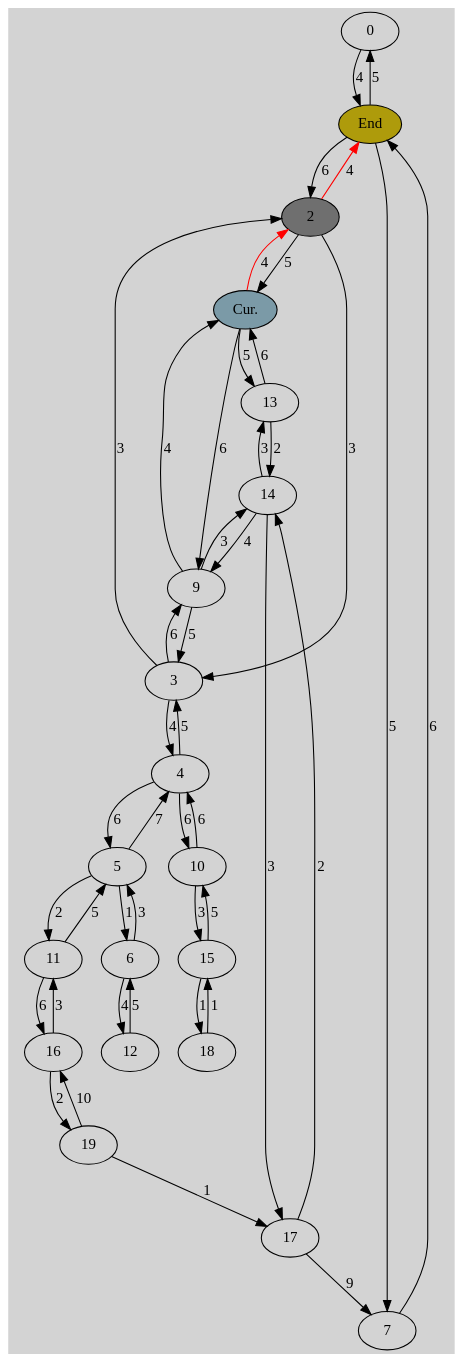
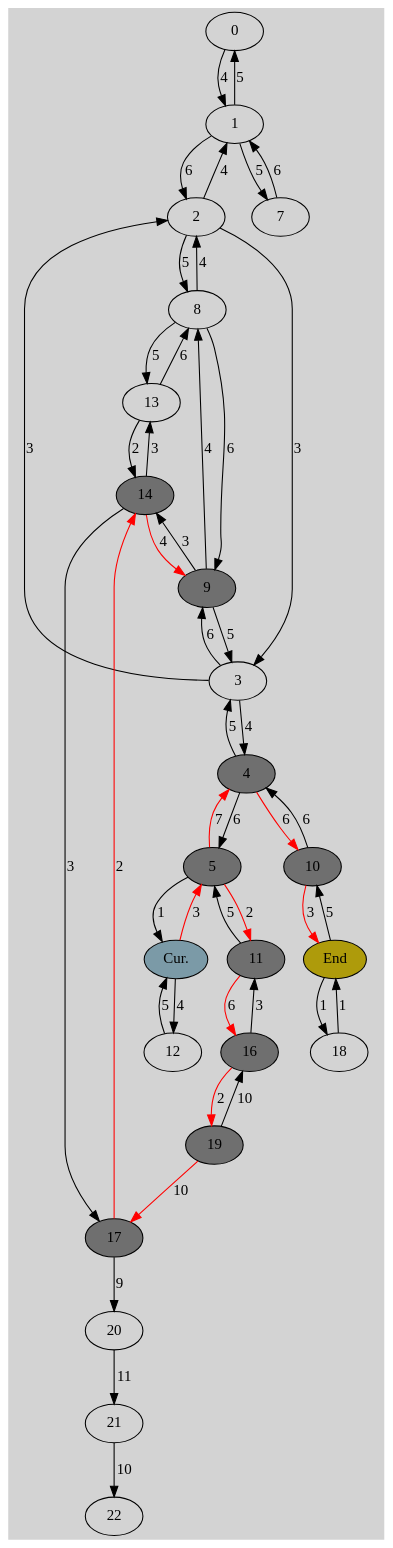
The diagram in img_gen/g2.gv (William-Thomas-Andrews/Shortest_Path_Algorithms), drawn with Graphviz before and after one commit. The commit also changed 14 other files, not shown here.

```diff
--- a/img_gen/g2.gv
+++ b/img_gen/g2.gv
@@ -1,137 +1,143 @@
 digraph G {
 	graph [pad="0.212,0.055" bgcolor=lightgray]
 	node [style=filled]
 	splines=true
 	0 [label="0", pos="100,200!"]
-	1 [label="End", fillcolor="#ae9b0bff"pos="200,200!"]
+	1 [label="1", pos="200,200!"]
 	0 -> 1 [color="black" label="4"]
-	1 [label="End", fillcolor="#ae9b0bff"pos="200,200!"]
+	1 [label="1", pos="200,200!"]
 	0 [label="0", pos="100,200!"]
 	1 -> 0 [color="black" label="5"]
-	1 [label="End", fillcolor="#ae9b0bff"pos="200,200!"]
+	1 [label="1", pos="200,200!"]
 	2 [label="2", pos="300,200!"]
 	1 -> 2 [color="black" label="6"]
-	2 [label="2", fillcolor="#6f6f6fff"pos="300,200!"]
-	1 [label="End", fillcolor="#ae9b0bff"pos="200,200!"]
-	2 -> 1 [color="red" label="4"]
+	2 [label="2", pos="300,200!"]
+	1 [label="1", pos="200,200!"]
+	2 -> 1 [color="black" label="4"]
 	2 [label="2", pos="300,200!"]
 	3 [label="3", pos="400,200!"]
 	2 -> 3 [color="black" label="3"]
 	3 [label="3", pos="400,200!"]
 	2 [label="2", pos="300,200!"]
 	3 -> 2 [color="black" label="3"]
 	3 [label="3", pos="400,200!"]
 	4 [label="4", pos="500,200!"]
 	3 -> 4 [color="black" label="4"]
 	4 [label="4", pos="500,200!"]
 	3 [label="3", pos="400,200!"]
 	4 -> 3 [color="black" label="5"]
 	4 [label="4", pos="500,200!"]
 	5 [label="5", pos="600,200!"]
 	4 -> 5 [color="black" label="6"]
+	5 [label="5", fillcolor="#6f6f6fff"pos="600,200!"]
+	4 [label="4", fillcolor="#6f6f6fff"pos="500,200!"]
+	5 -> 4 [color="red" label="7"]
 	5 [label="5", pos="600,200!"]
-	4 [label="4", pos="500,200!"]
-	5 -> 4 [color="black" label="7"]
-	5 [label="5", pos="600,200!"]
-	6 [label="6", pos="700,200!"]
+	6 [label="Cur.", fillcolor="#7b9aa7ff"pos="700,200!"]
 	5 -> 6 [color="black" label="1"]
-	6 [label="6", pos="700,200!"]
-	5 [label="5", pos="600,200!"]
-	6 -> 5 [color="black" label="3"]
-	1 [label="End", fillcolor="#ae9b0bff"pos="200,200!"]
+	6 [label="Cur.", fillcolor="#7b9aa7ff"pos="700,200!"]
+	5 [label="5", fillcolor="#6f6f6fff"pos="600,200!"]
+	6 -> 5 [color="red" label="3"]
+	1 [label="1", pos="200,200!"]
 	7 [label="7", pos="200,300!"]
 	1 -> 7 [color="black" label="5"]
 	7 [label="7", pos="200,300!"]
-	1 [label="End", fillcolor="#ae9b0bff"pos="200,200!"]
+	1 [label="1", pos="200,200!"]
 	7 -> 1 [color="black" label="6"]
 	2 [label="2", pos="300,200!"]
-	8 [label="Cur.", fillcolor="#7b9aa7ff"pos="300,300!"]
+	8 [label="8", pos="300,300!"]
 	2 -> 8 [color="black" label="5"]
-	8 [label="Cur.", fillcolor="#7b9aa7ff"pos="300,300!"]
-	2 [label="2", fillcolor="#6f6f6fff"pos="300,200!"]
-	8 -> 2 [color="red" label="4"]
+	8 [label="8", pos="300,300!"]
+	2 [label="2", pos="300,200!"]
+	8 -> 2 [color="black" label="4"]
 	3 [label="3", pos="400,200!"]
 	9 [label="9", pos="400,300!"]
 	3 -> 9 [color="black" label="6"]
 	9 [label="9", pos="400,300!"]
 	3 [label="3", pos="400,200!"]
 	9 -> 3 [color="black" label="5"]
 	9 [label="9", pos="400,300!"]
-	8 [label="Cur.", fillcolor="#7b9aa7ff"pos="300,300!"]
+	8 [label="8", pos="300,300!"]
 	9 -> 8 [color="black" label="4"]
-	8 [label="Cur.", fillcolor="#7b9aa7ff"pos="300,300!"]
+	8 [label="8", pos="300,300!"]
 	9 [label="9", pos="400,300!"]
 	8 -> 9 [color="black" label="6"]
-	4 [label="4", pos="500,200!"]
-	10 [label="10", pos="500,300!"]
-	4 -> 10 [color="black" label="6"]
+	4 [label="4", fillcolor="#6f6f6fff"pos="500,200!"]
+	10 [label="10", fillcolor="#6f6f6fff"pos="500,300!"]
+	4 -> 10 [color="red" label="6"]
 	10 [label="10", pos="500,300!"]
 	4 [label="4", pos="500,200!"]
 	10 -> 4 [color="black" label="6"]
-	5 [label="5", pos="600,200!"]
-	11 [label="11", pos="600,300!"]
-	5 -> 11 [color="black" label="2"]
+	5 [label="5", fillcolor="#6f6f6fff"pos="600,200!"]
+	11 [label="11", fillcolor="#6f6f6fff"pos="600,300!"]
+	5 -> 11 [color="red" label="2"]
 	11 [label="11", pos="600,300!"]
 	5 [label="5", pos="600,200!"]
 	11 -> 5 [color="black" label="5"]
-	6 [label="6", pos="700,200!"]
+	6 [label="Cur.", fillcolor="#7b9aa7ff"pos="700,200!"]
 	12 [label="12", pos="700,300!"]
 	6 -> 12 [color="black" label="4"]
 	12 [label="12", pos="700,300!"]
-	6 [label="6", pos="700,200!"]
+	6 [label="Cur.", fillcolor="#7b9aa7ff"pos="700,200!"]
 	12 -> 6 [color="black" label="5"]
-	8 [label="Cur.", fillcolor="#7b9aa7ff"pos="300,300!"]
+	8 [label="8", pos="300,300!"]
 	13 [label="13", pos="300,400!"]
 	8 -> 13 [color="black" label="5"]
 	13 [label="13", pos="300,400!"]
-	8 [label="Cur.", fillcolor="#7b9aa7ff"pos="300,300!"]
+	8 [label="8", pos="300,300!"]
 	13 -> 8 [color="black" label="6"]
 	13 [label="13", pos="300,400!"]
 	14 [label="14", pos="400,400!"]
 	13 -> 14 [color="black" label="2"]
 	14 [label="14", pos="400,400!"]
 	13 [label="13", pos="300,400!"]
 	14 -> 13 [color="black" label="3"]
 	9 [label="9", pos="400,300!"]
 	14 [label="14", pos="400,400!"]
 	9 -> 14 [color="black" label="3"]
-	14 [label="14", pos="400,400!"]
-	9 [label="9", pos="400,300!"]
-	14 -> 9 [color="black" label="4"]
-	10 [label="10", pos="500,300!"]
-	15 [label="15", pos="500,400!"]
-	10 -> 15 [color="black" label="3"]
-	15 [label="15", pos="500,400!"]
+	14 [label="14", fillcolor="#6f6f6fff"pos="400,400!"]
+	9 [label="9", fillcolor="#6f6f6fff"pos="400,300!"]
+	14 -> 9 [color="red" label="4"]
+	10 [label="10", fillcolor="#6f6f6fff"pos="500,300!"]
+	15 [label="End", fillcolor="#ae9b0bff"pos="500,400!"]
+	10 -> 15 [color="red" label="3"]
+	15 [label="End", fillcolor="#ae9b0bff"pos="500,400!"]
 	10 [label="10", pos="500,300!"]
 	15 -> 10 [color="black" label="5"]
-	11 [label="11", pos="600,300!"]
-	16 [label="16", pos="600,400!"]
-	11 -> 16 [color="black" label="6"]
+	11 [label="11", fillcolor="#6f6f6fff"pos="600,300!"]
+	16 [label="16", fillcolor="#6f6f6fff"pos="600,400!"]
+	11 -> 16 [color="red" label="6"]
 	16 [label="16", pos="600,400!"]
 	11 [label="11", pos="600,300!"]
 	16 -> 11 [color="black" label="3"]
 	14 [label="14", pos="400,400!"]
 	17 [label="17", pos="400,500!"]
 	14 -> 17 [color="black" label="3"]
+	17 [label="17", fillcolor="#6f6f6fff"pos="400,500!"]
+	14 [label="14", fillcolor="#6f6f6fff"pos="400,400!"]
+	17 -> 14 [color="red" label="2"]
+	19 [label="19", fillcolor="#6f6f6fff"pos="600,500!"]
+	17 [label="17", fillcolor="#6f6f6fff"pos="400,500!"]
+	19 -> 17 [color="red" label="10"]
 	17 [label="17", pos="400,500!"]
-	14 [label="14", pos="400,400!"]
-	17 -> 14 [color="black" label="2"]
-	19 [label="19", pos="600,500!"]
-	17 [label="17", pos="400,500!"]
-	19 -> 17 [color="black" label="1"]
-	17 [label="17", pos="400,500!"]
-	7 [label="7", pos="200,300!"]
-	17 -> 7 [color="black" label="9"]
-	15 [label="15", pos="500,400!"]
+	20 [label="20", pos="180,500!"]
+	17 -> 20 [color="black" label="9"]
+	15 [label="End", fillcolor="#ae9b0bff"pos="500,400!"]
 	18 [label="18", pos="500,500!"]
 	15 -> 18 [color="black" label="1"]
 	18 [label="18", pos="500,500!"]
-	15 [label="15", pos="500,400!"]
+	15 [label="End", fillcolor="#ae9b0bff"pos="500,400!"]
 	18 -> 15 [color="black" label="1"]
-	16 [label="16", pos="600,400!"]
-	19 [label="19", pos="600,500!"]
-	16 -> 19 [color="black" label="2"]
+	16 [label="16", fillcolor="#6f6f6fff"pos="600,400!"]
+	19 [label="19", fillcolor="#6f6f6fff"pos="600,500!"]
+	16 -> 19 [color="red" label="2"]
 	19 [label="19", pos="600,500!"]
 	16 [label="16", pos="600,400!"]
 	19 -> 16 [color="black" label="10"]
+	20 [label="20", pos="180,500!"]
+	21 [label="21", pos="20,490!"]
+	20 -> 21 [color="black" label="11"]
+	21 [label="21", pos="20,490!"]
+	22 [label="22", pos="-100,515!"]
+	21 -> 22 [color="black" label="10"]
 }
```
